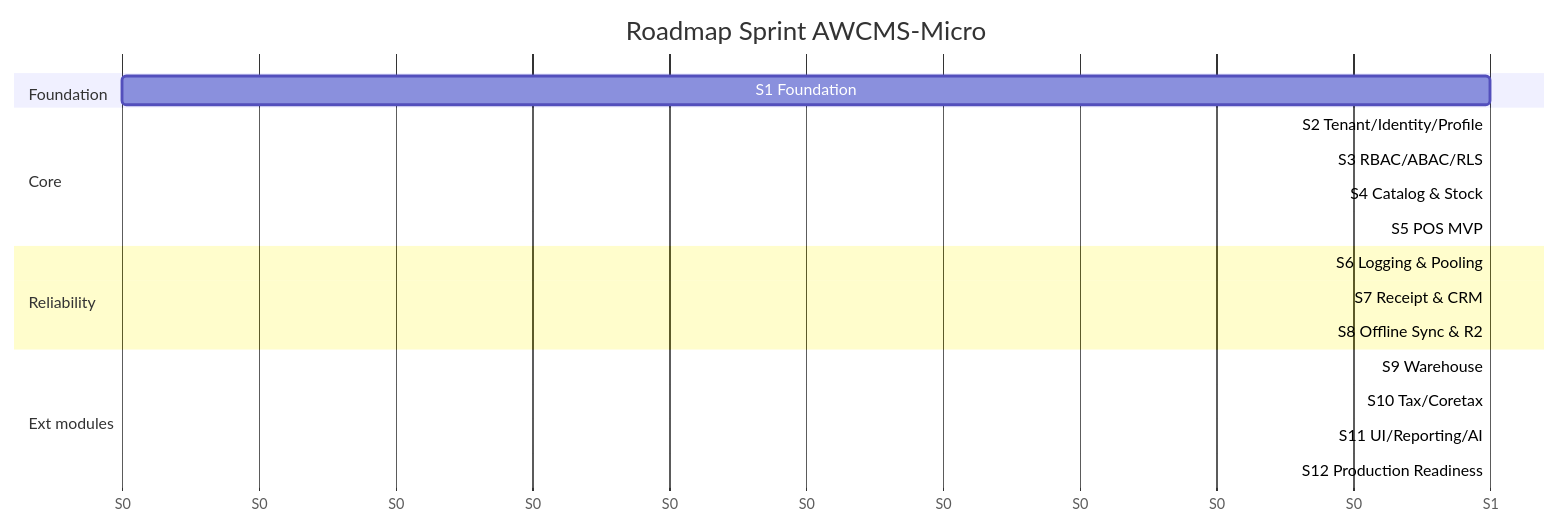
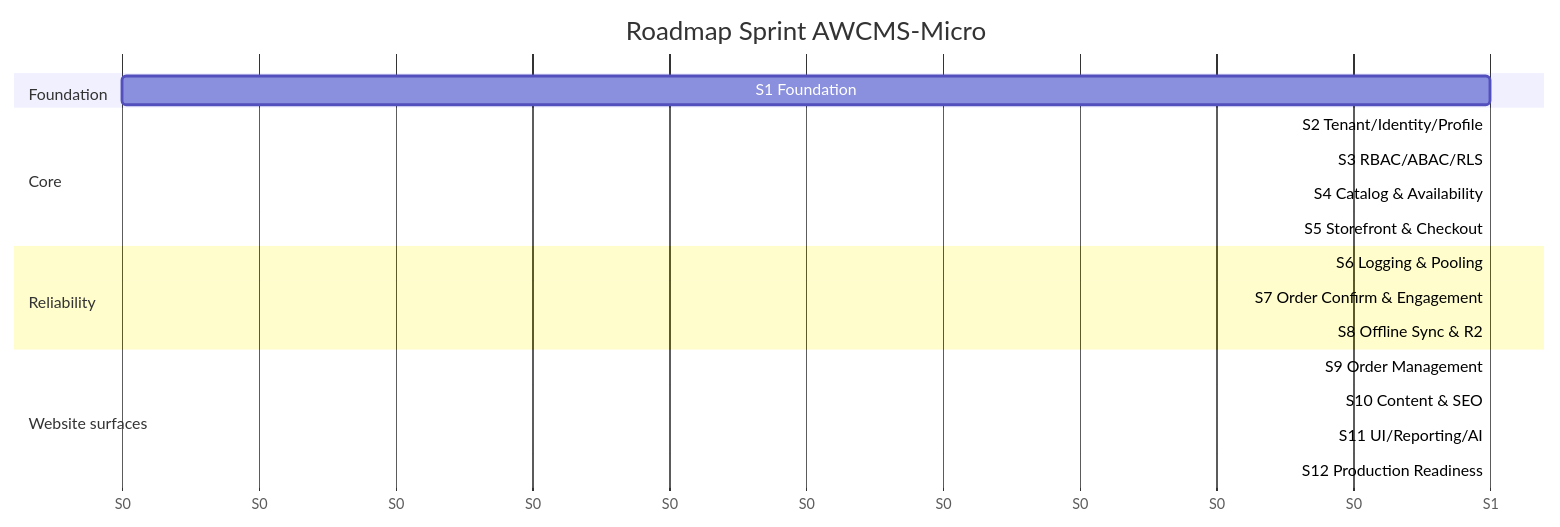
One commit to ahliweb/awcms-micro changed the first of 3 diagrams in docs/awcms-micro/07_sprint_testing_production_readiness.md. Above: the diagram before and after it, drawn with Mermaid. The commit also changed other lines of this file and 24 other files, not shown here.

First line of the commit message:
docs(adr-0034): Round 2 — reframe docs 02–19 running examples from retail/POS to website/online-store (#301)

````diff
--- a/docs/awcms-micro/07_sprint_testing_production_readiness.md
+++ b/docs/awcms-micro/07_sprint_testing_production_readiness.md
@@ -22,22 +22,22 @@
 ```mermaid
 gantt
   title Roadmap Sprint AWCMS-Micro
   dateFormat X
   axisFormat S%s
   section Foundation
   S1 Foundation            :s1, 0, 1
   section Core
   S2 Tenant/Identity/Profile :s2, after s1, 1
   S3 RBAC/ABAC/RLS         :s3, after s2, 1
-  S4 Catalog & Stock       :s4, after s3, 1
-  S5 POS MVP               :s5, after s4, 1
+  S4 Catalog & Availability :s4, after s3, 1
+  S5 Storefront & Checkout :s5, after s4, 1
   section Reliability
   S6 Logging & Pooling     :s6, after s5, 1
-  S7 Receipt & CRM         :s7, after s6, 1
+  S7 Order Confirm & Engagement :s7, after s6, 1
   S8 Offline Sync & R2     :s8, after s7, 1
-  section Ext modules
-  S9 Warehouse             :s9, after s8, 1
-  S10 Tax/Coretax          :s10, after s9, 1
+  section Website surfaces
+  S9 Order Management      :s9, after s8, 1
+  S10 Content & SEO        :s10, after s9, 1
   S11 UI/Reporting/AI      :s11, after s10, 1
   S12 Production Readiness  :s12, after s11, 1
 ```
````
